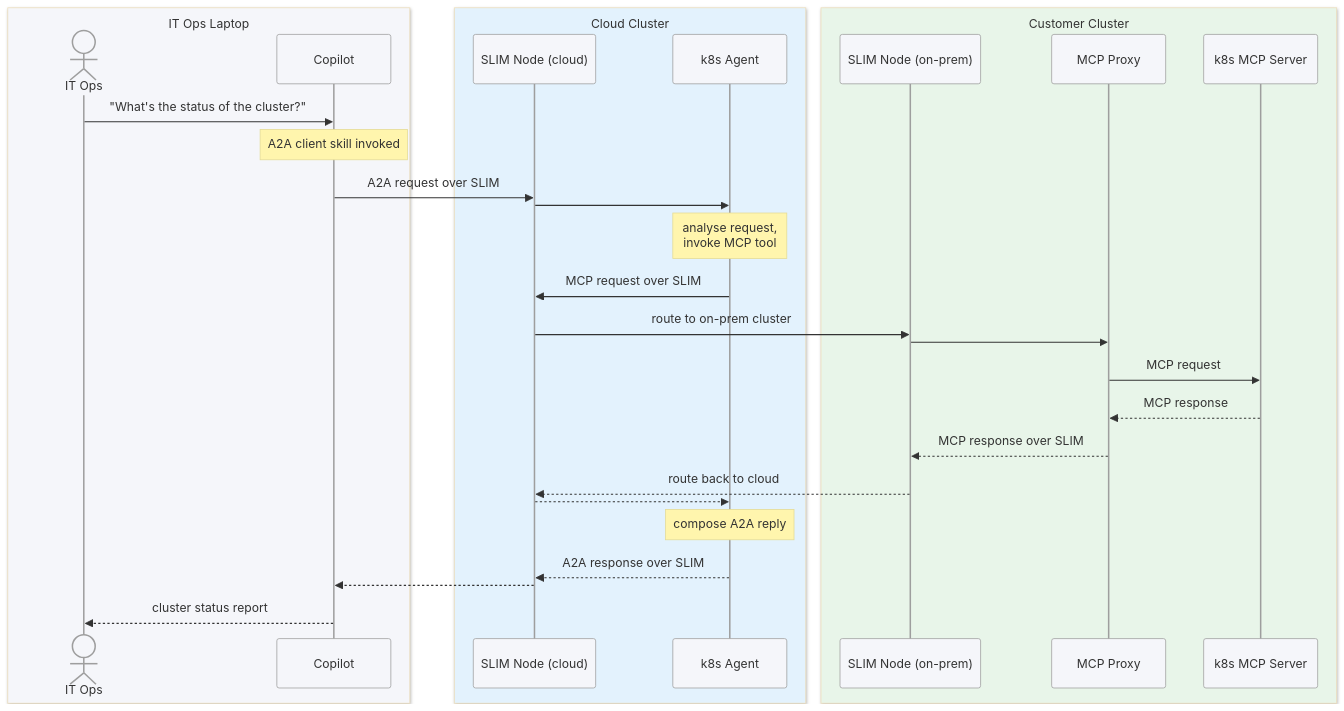
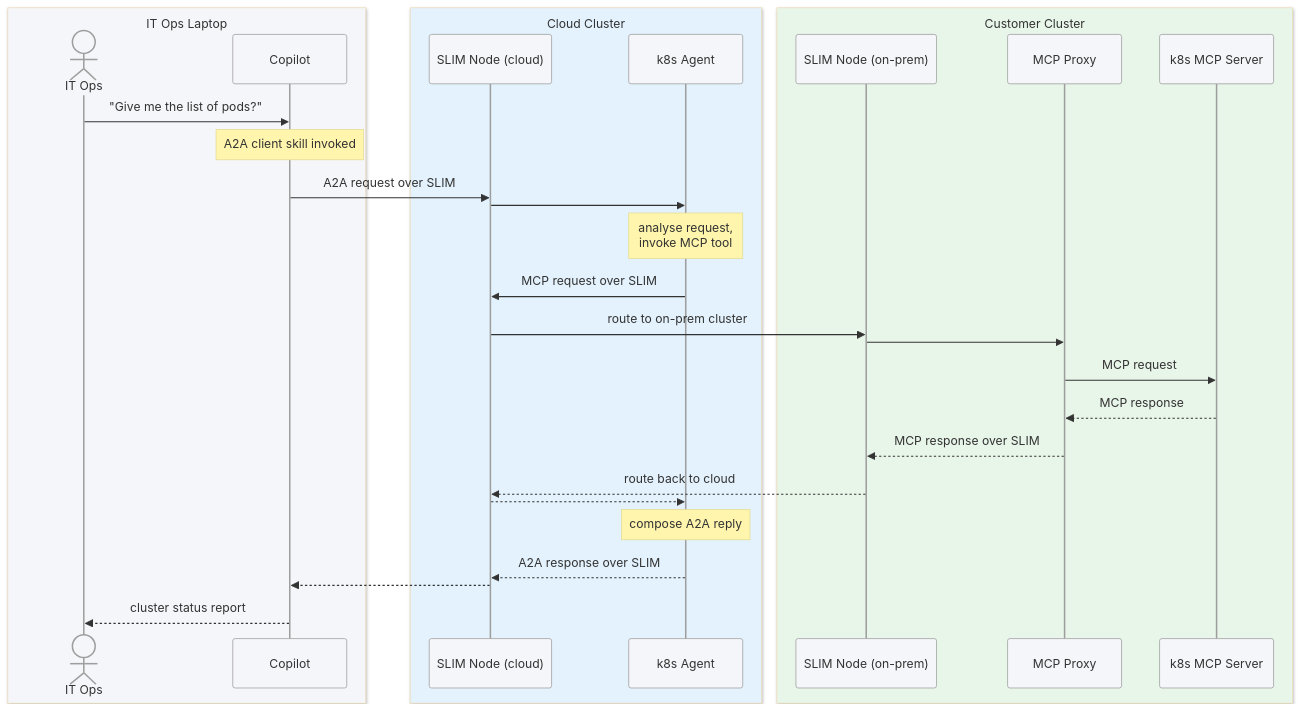
Before and after one commit to agntcy/blogs: the eighth of 9 diagrams in presentations/slim-multicluster-demo/slim-multicluster-demo.md, drawn with Mermaid. The commit also changed other lines of this file, not shown here.

Commit message:
docs: human interacion diagram

````diff
--- a/presentations/slim-multicluster-demo/slim-multicluster-demo.md
+++ b/presentations/slim-multicluster-demo/slim-multicluster-demo.md
@@ -533,35 +533,35 @@
 ```mermaid
 %%{init: {'theme': 'base', 'themeVariables': {'fontSize': '11px', 'actorBkg': '#F5F6FA', 'actorBorder': '#9E9E9E', 'activationBkgColor': '#E3F2FD', 'signalColor': '#333', 'signalTextColor': '#333'}}}%%
 sequenceDiagram
     box rgb(245,246,250) IT Ops Laptop
         actor Human as IT Ops
         participant Copilot as Copilot
     end
     box rgb(227,242,253) Cloud Cluster
         participant SNc as SLIM Node (cloud)
         participant Agent as k8s Agent
     end
     box rgb(232,245,233) Customer Cluster
         participant SNp as SLIM Node (on-prem)
         participant Proxy as MCP Proxy
         participant MCP as k8s MCP Server
     end
 
-    Human->>Copilot: "What's the status of the cluster?"
+    Human->>Copilot: "Give me the list of pods?"
     Note over Copilot: A2A client skill invoked
     Copilot->>SNc: A2A request over SLIM
     SNc->>Agent: 
     Note over Agent: analyse request,<br/>invoke MCP tool
     Agent->>SNc: MCP request over SLIM
     SNc->>SNp: route to on-prem cluster
     SNp->>Proxy: 
     Proxy->>MCP: MCP request
     MCP-->>Proxy: MCP response
     Proxy-->>SNp: MCP response over SLIM
     SNp-->>SNc: route back to cloud
     SNc-->>Agent: 
     Note over Agent: compose A2A reply
     Agent-->>SNc: A2A response over SLIM
     SNc-->>Copilot: 
     Copilot-->>Human: cluster status report
 ```
````
